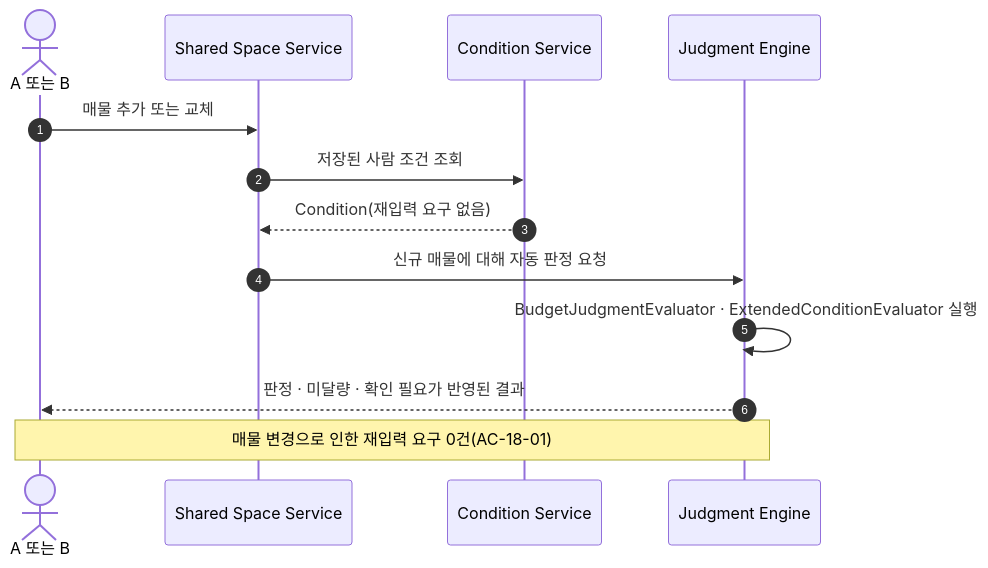
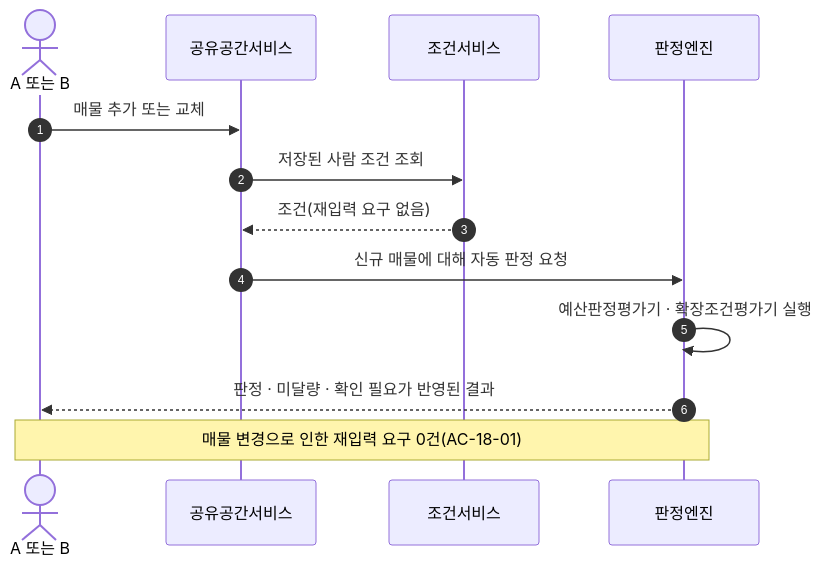
Before and after one commit to soobworks/SRS_project: diagram 19 of 23 in SRS_project/같이보기-technical-design-v1_0.md, drawn with Mermaid. The commit also changed other lines of this file, not shown here.

First line of the commit message:
Translate class/sequence diagram identifiers in TDD §4-5 to Korean

````diff
--- a/SRS_project/같이보기-technical-design-v1_0.md
+++ b/SRS_project/같이보기-technical-design-v1_0.md
@@ -794,16 +794,16 @@
 ```mermaid
 sequenceDiagram
     autonumber
     actor P as A 또는 B
-    participant SSS as Shared Space Service
-    participant CS as Condition Service
-    participant JE as Judgment Engine
+    participant SSS as 공유공간서비스
+    participant CS as 조건서비스
+    participant JE as 판정엔진
 
     P->>SSS: 매물 추가 또는 교체
     SSS->>CS: 저장된 사람 조건 조회
-    CS-->>SSS: Condition(재입력 요구 없음)
+    CS-->>SSS: 조건(재입력 요구 없음)
     SSS->>JE: 신규 매물에 대해 자동 판정 요청
-    JE->>JE: BudgetJudgmentEvaluator · ExtendedConditionEvaluator 실행
+    JE->>JE: 예산판정평가기 · 확장조건평가기 실행
     JE-->>P: 판정 · 미달량 · 확인 필요가 반영된 결과
     Note over P,JE: 매물 변경으로 인한 재입력 요구 0건(AC-18-01)
 ```
````
